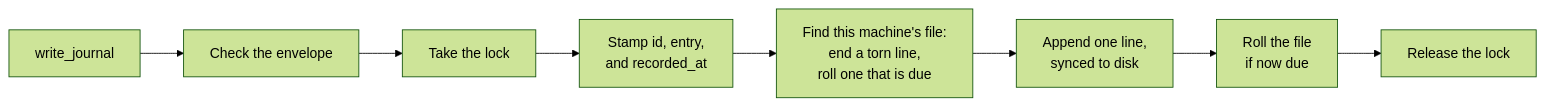
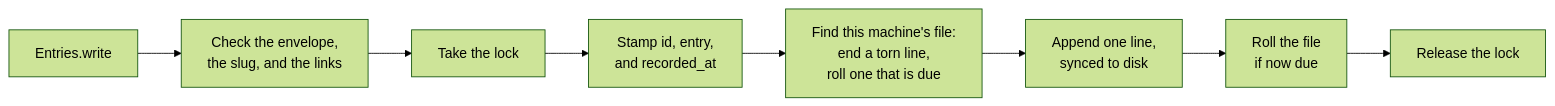
The first of 2 diagrams in docs/core-module.md (Velrea/AI.Brain), drawn with Mermaid (forest theme) before and after one commit. The commit also changed other lines of this file and 27 other files, not shown here.

First line of the commit message:
Unify entries: one write, search, and read for every type

````diff
--- a/docs/core-module.md
+++ b/docs/core-module.md
@@ -65,10 +82,10 @@
 ```mermaid
 flowchart LR
-    method["write_journal"] --> check["Check the envelope"]
+    method["Entries.write"] --> check["Check the envelope,<br/>the slug, and the links"]
     check --> lock["Take the lock"]
     lock --> stamp["Stamp id, entry,<br/>and recorded_at"]
     stamp --> current["Find this machine's file:<br/>end a torn line,<br/>roll one that is due"]
     current --> append["Append one line,<br/>synced to disk"]
     append --> roll["Roll the file<br/>if now due"]
     roll --> release["Release the lock"]
 ```
````
